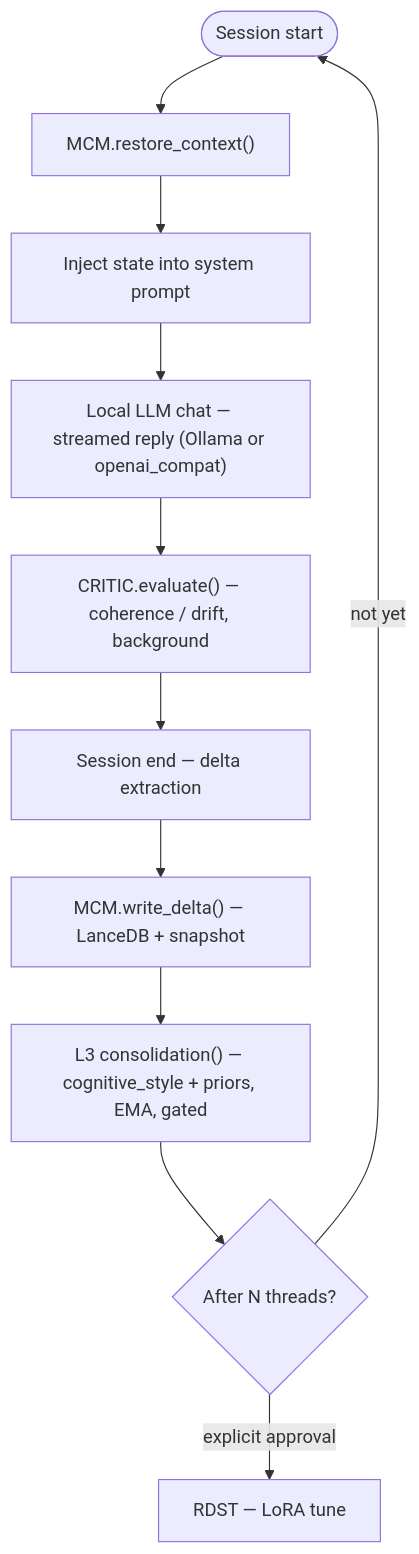
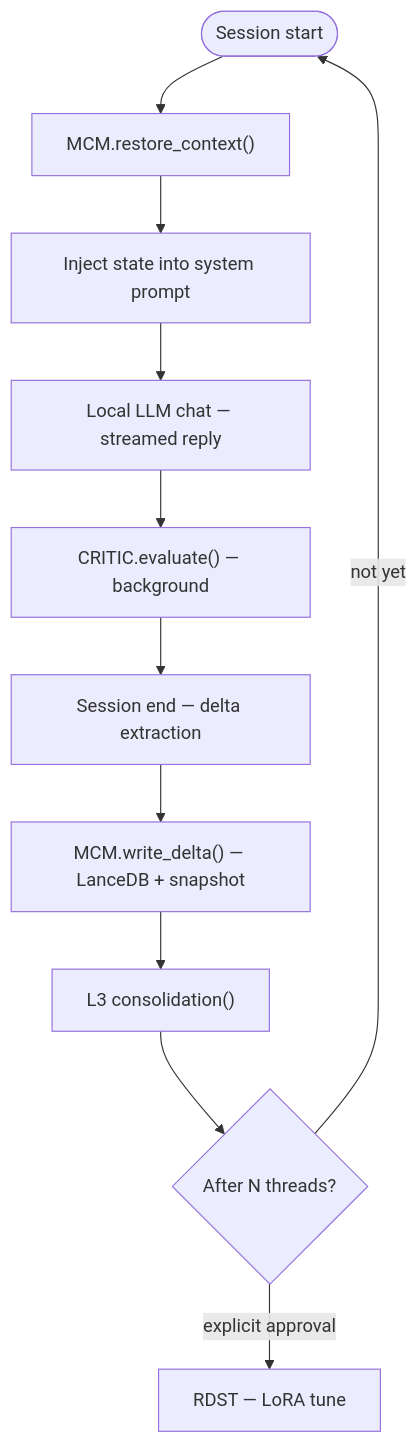
The diagram in README.md (StewAlexander-com/continuous-ai), drawn with Mermaid before and after one commit. The commit also changed other lines of this file, not shown here.

````diff
--- a/README.md
+++ b/README.md
@@ -185,13 +188,13 @@
 ```mermaid
 flowchart TD
     A(["Session start"]) --> B["MCM.restore_context()"]
     B --> C["Inject state into system prompt"]
-    C --> D["Local LLM chat — streamed reply (Ollama or openai_compat)"]
-    D --> E["CRITIC.evaluate() — coherence / drift, background"]
+    C --> D["Local LLM chat — streamed reply"]
+    D --> E["CRITIC.evaluate() — background"]
     E --> F["Session end — delta extraction"]
     F --> G["MCM.write_delta() — LanceDB + snapshot"]
-    G --> H["L3 consolidation() — cognitive_style + priors, EMA, gated"]
+    G --> H["L3 consolidation()"]
     H --> I{"After N threads?"}
     I -->|explicit approval| J["RDST — LoRA tune"]
     I -->|not yet| A
 ```
````
